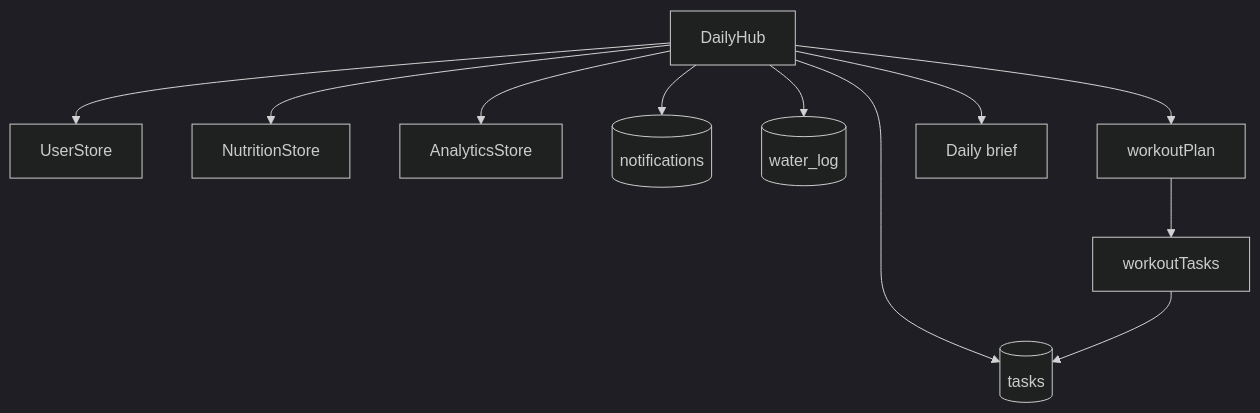
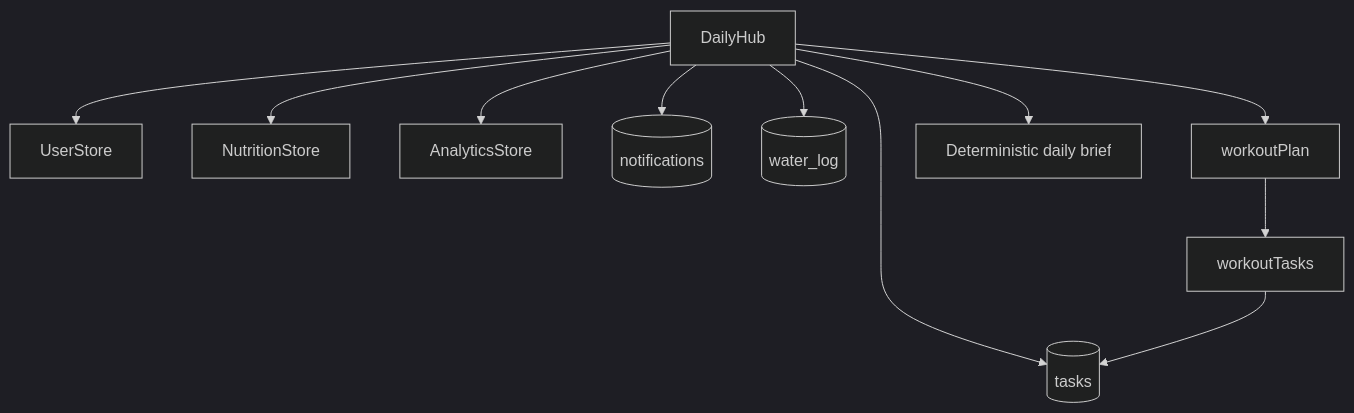
One commit to Ramagiri-Ranesh/LifeOsMobileApp changed the third of 7 diagrams in docs/architecture.md. Above: the diagram before and after it, drawn with Mermaid (dark theme). The commit also changed other lines of this file and 29 other files, not shown here.

````diff
--- a/docs/architecture.md
+++ b/docs/architecture.md
@@ -332,13 +364,13 @@
 ```mermaid
 flowchart TD
   DailyHub --> UserStore
   DailyHub --> NutritionStore
   DailyHub --> AnalyticsStore
   DailyHub --> Tasks[(tasks)]
   DailyHub --> Notifications[(notifications)]
   DailyHub --> Water[(water_log)]
   DailyHub --> WorkoutPlan[workoutPlan]
   WorkoutPlan --> WorkoutTasks[workoutTasks]
   WorkoutTasks --> Tasks
-  DailyHub --> AI[Daily brief]
+  DailyHub --> LocalBrief[Deterministic daily brief]
 ```
````
